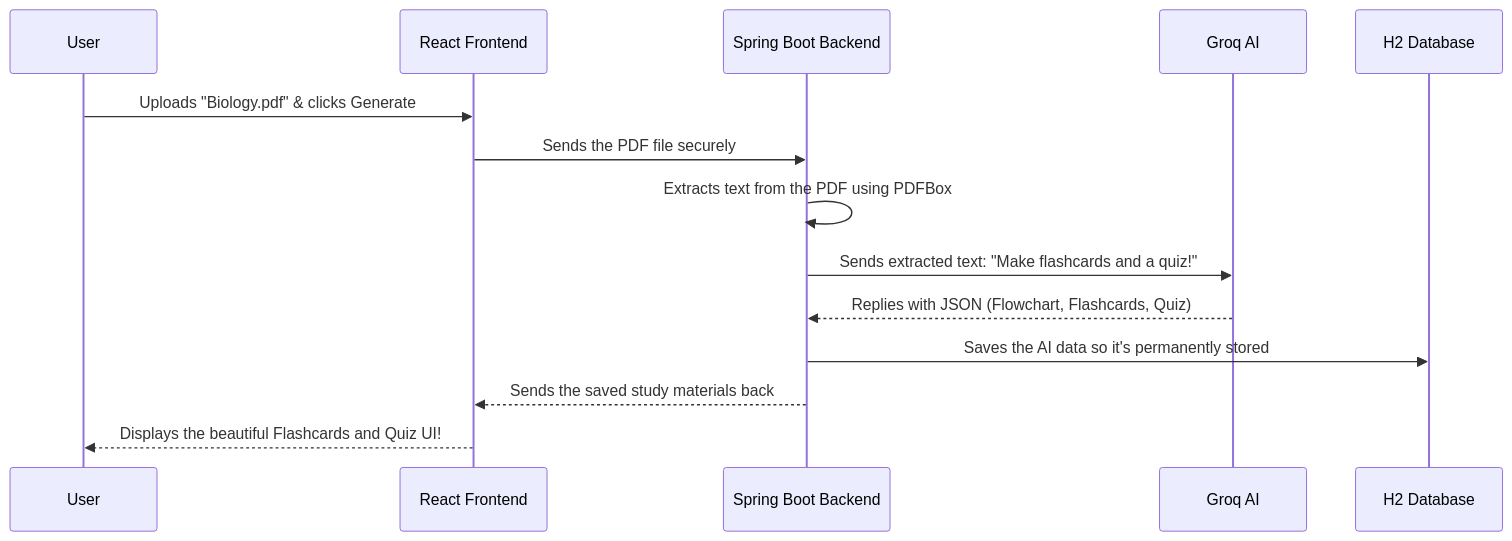
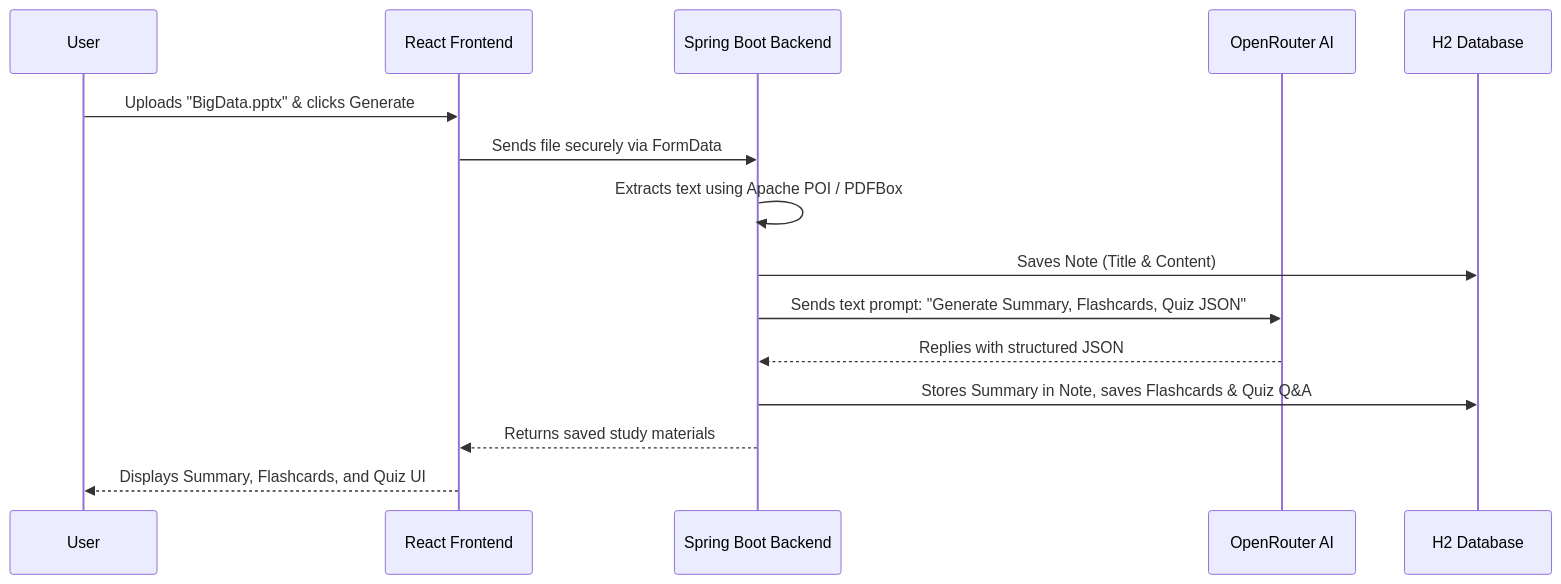
The diagram in PROJECT_EXPLANATION.md (adityarcb/ai-study-assistant), drawn with Mermaid before and after one commit. The commit also changed other lines of this file, not shown here.

Commit message:
docs: update PROJECT_EXPLANATION.md with OpenRouter AI and Notes History architecture

````diff
--- a/PROJECT_EXPLANATION.md
+++ b/PROJECT_EXPLANATION.md
@@ -53,17 +54,18 @@
 ```mermaid
 sequenceDiagram
     participant User
     participant Frontend as React Frontend
     participant Backend as Spring Boot Backend
-    participant AI as Groq AI
+    participant AI as OpenRouter AI
     participant DB as H2 Database
 
-    User->>Frontend: Uploads "Biology.pdf" & clicks Generate
-    Frontend->>Backend: Sends the PDF file securely
-    Backend->>Backend: Extracts text from the PDF using PDFBox
-    Backend->>AI: Sends extracted text: "Make flashcards and a quiz!"
-    AI-->>Backend: Replies with JSON (Flowchart, Flashcards, Quiz)
-    Backend->>DB: Saves the AI data so it's permanently stored
-    Backend-->>Frontend: Sends the saved study materials back
-    Frontend-->>User: Displays the beautiful Flashcards and Quiz UI!
+    User->>Frontend: Uploads "BigData.pptx" & clicks Generate
+    Frontend->>Backend: Sends file securely via FormData
+    Backend->>Backend: Extracts text using Apache POI / PDFBox
+    Backend->>DB: Saves Note (Title & Content)
+    Backend->>AI: Sends text prompt: "Generate Summary, Flashcards, Quiz JSON"
+    AI-->>Backend: Replies with structured JSON
+    Backend->>DB: Stores Summary in Note, saves Flashcards & Quiz Q&A
+    Backend-->>Frontend: Returns saved study materials
+    Frontend-->>User: Displays Summary, Flashcards, and Quiz UI
 ```
````
